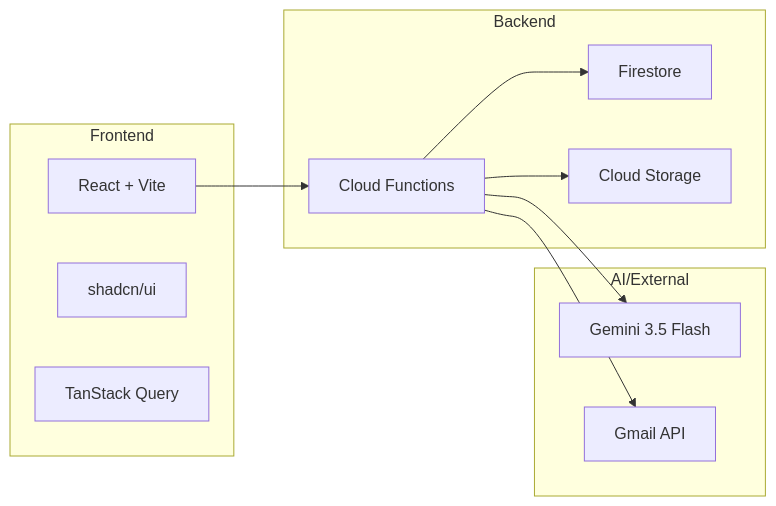
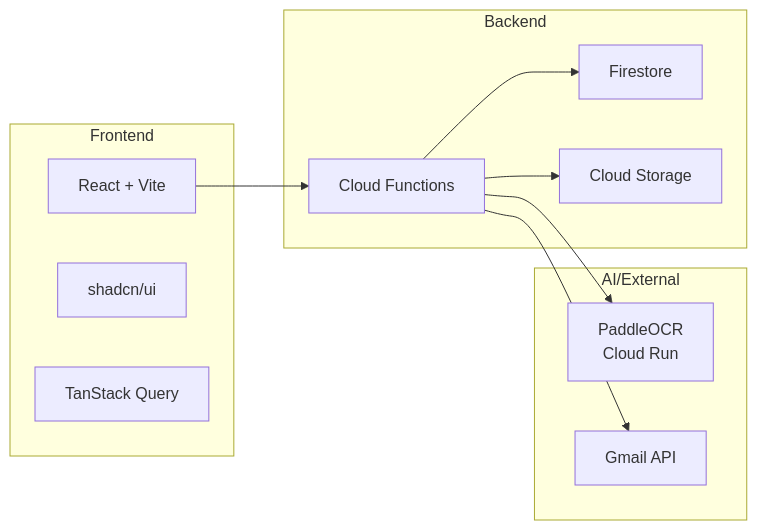
One commit to yasushi-honda/doc-split changed the diagram in docs/README.md. Above: the diagram before and after it, drawn with Mermaid. The commit also changed other lines of this file and 16 other files, not shown here.

````diff
--- a/docs/README.md
+++ b/docs/README.md
@@ -33,25 +33,25 @@
 ```mermaid
 graph LR
     subgraph Frontend
         A[React + Vite]
         B[shadcn/ui]
         C[TanStack Query]
     end
 
     subgraph Backend
         D[Cloud Functions]
         E[Firestore]
         F[Cloud Storage]
     end
 
     subgraph AI/External
-        G[Gemini 3.5 Flash]
+        G[PaddleOCR<br/>Cloud Run]
         H[Gmail API]
     end
 
     A --> D
     D --> E
     D --> F
     D --> G
     D --> H
 ```
````
